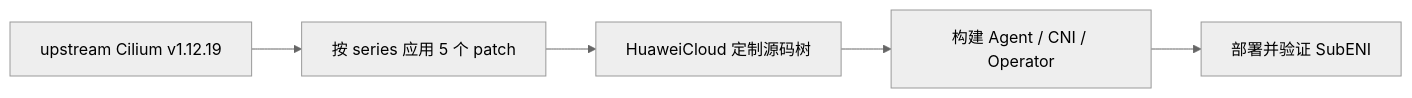
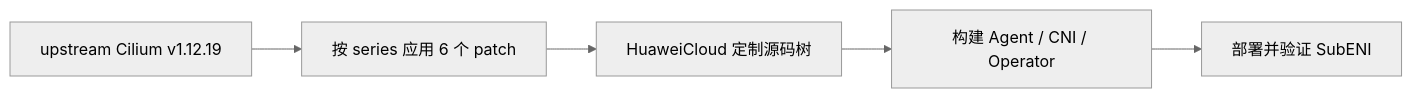
The diagram in README.md (lchany/huawei-cilium-plug), drawn with Mermaid (neutral theme) before and after one commit. The commit also changed other lines of this file and 4 other files, not shown here.

````diff
--- a/README.md
+++ b/README.md
@@ -65,10 +72,10 @@
 ```mermaid
 flowchart LR
     base["upstream Cilium v1.12.19"]
-    patches["按 series 应用 5 个 patch"]
+    patches["按 series 应用 6 个 patch"]
     source["HuaweiCloud 定制源码树"]
     build["构建 Agent / CNI / Operator"]
     deploy["部署并验证 SubENI"]
 
     base --> patches --> source --> build --> deploy
 ```
````
